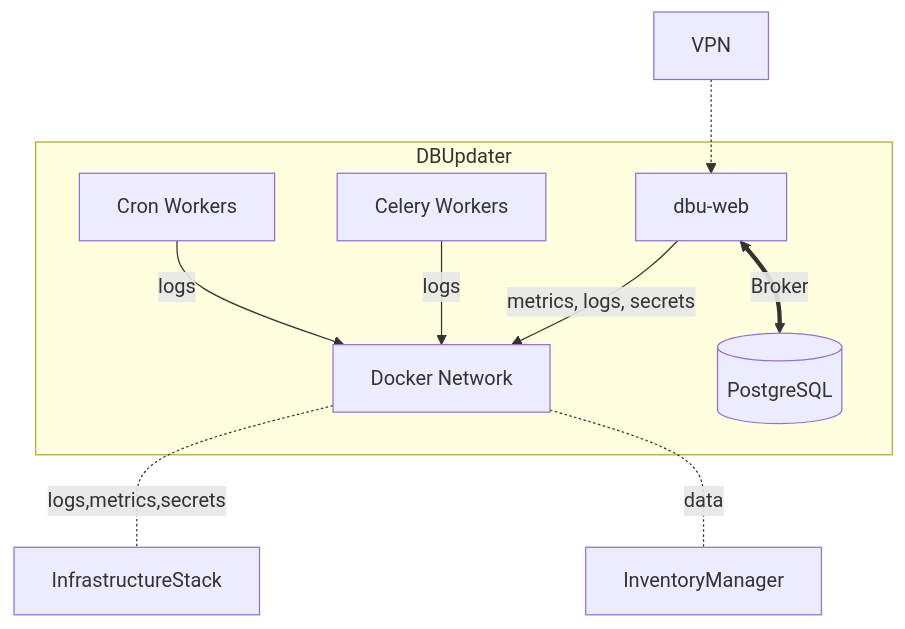
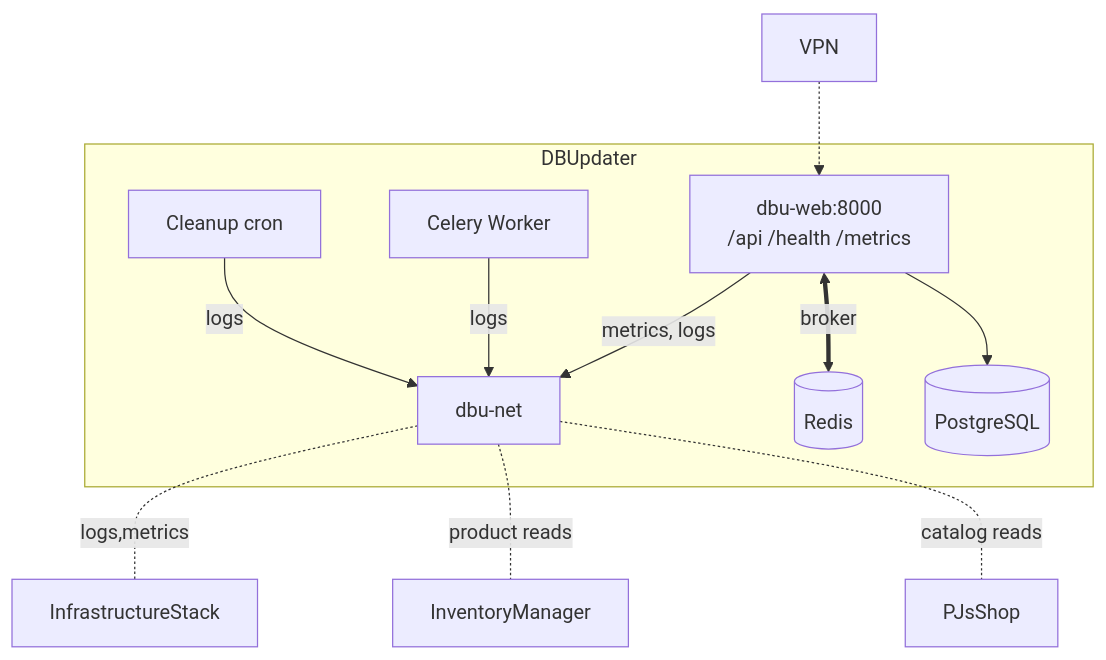
Before and after one commit to MKRO-JWL/pjs-ecosystem-docs: the third of 9 diagrams in SOFTWARE_ECOSYSTEM.md, drawn with Mermaid. The commit also changed other lines of this file, not shown here.

````diff
--- a/SOFTWARE_ECOSYSTEM.md
+++ b/SOFTWARE_ECOSYSTEM.md
@@ -207,16 +268,18 @@
 ```mermaid
 graph TD
     subgraph DBUpdater
-        net[Docker Network]
-        dbu-web --> |metrics, logs, secrets| net
-        celery[Celery Workers] --> |logs| net
-        cron[Cron Workers] --> |logs| net
-        dbu-web <==> |Broker| db
-        db[(PostgreSQL)]
+        net[dbu-net]
+        dbu-web["dbu-web:8000<br/>/api /health /metrics"] --> |metrics, logs| net
+        celery[Celery Worker] --> |logs| net
+        cron[Cleanup cron] --> |logs| net
+        dbu-web <==> |broker| redis[(Redis)]
+        dbu-web --> db[(PostgreSQL)]
     end
     im[InventoryManager]
+    shop[PJsShop]
     is[InfrastructureStack]
-    net -.- |logs,metrics,secrets| is
-    net -.- |data| im
+    net -.- |logs,metrics| is
+    net -.- |product reads| im
+    net -.- |catalog reads| shop
     VPN -.-> dbu-web
 ```
````
